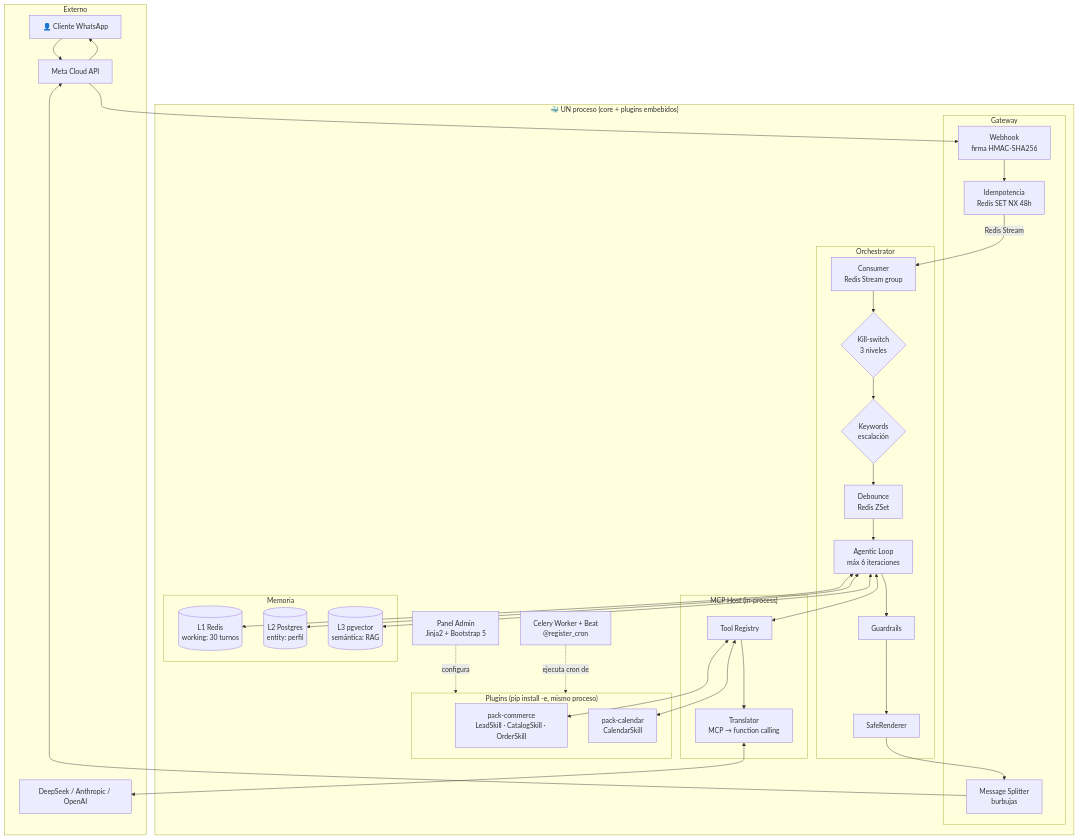
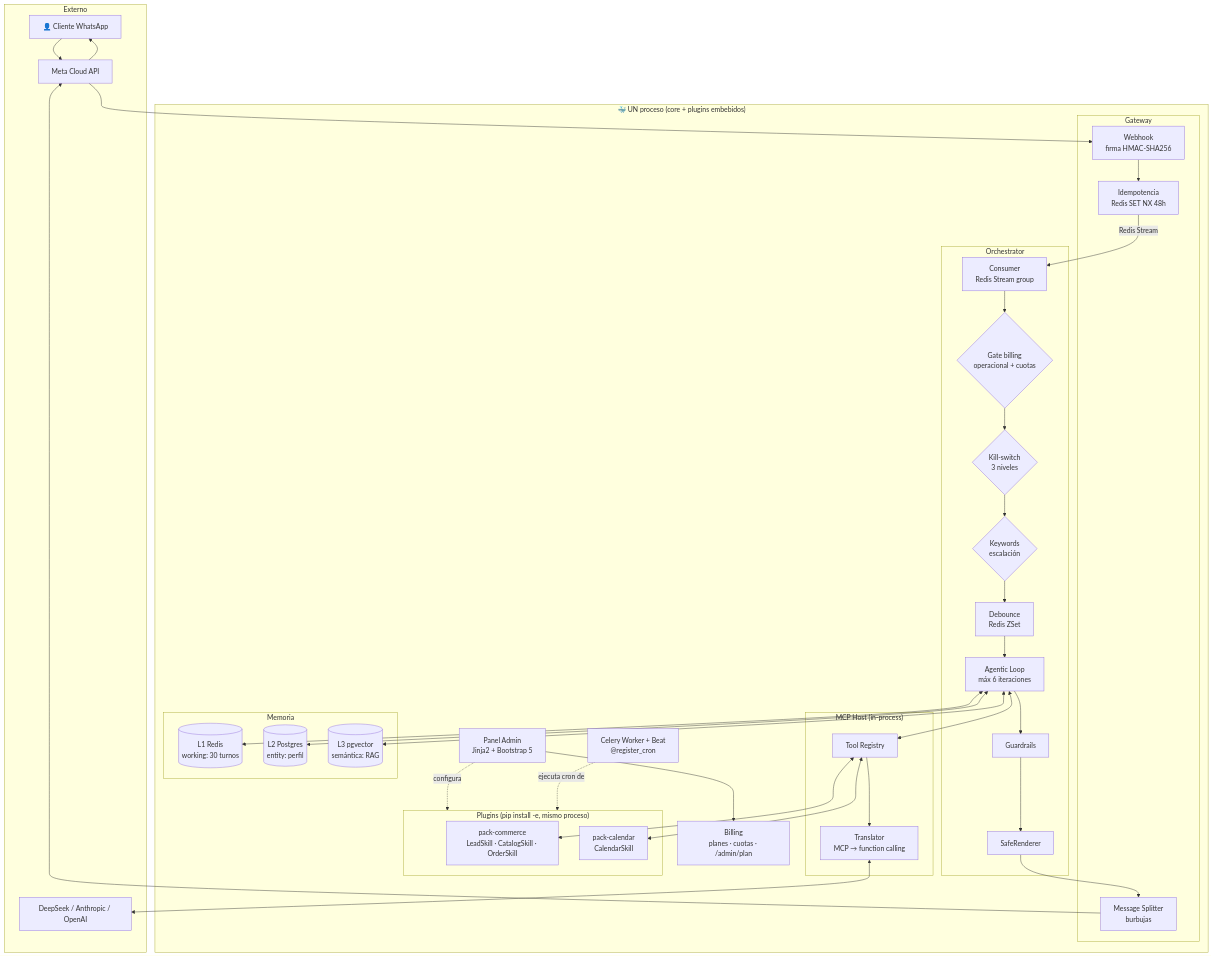
The diagram in docs/ARCHITECTURE.md (devrochy/agent-core), drawn with Mermaid before and after one commit. The commit also changed 51 other files, not shown here.

First line of the commit message:
feat(billing): planes, cuotas, enforcement y cobro Wompi (ADR-0045/0046)

````diff
--- a/docs/ARCHITECTURE.md
+++ b/docs/ARCHITECTURE.md
@@ -27,50 +27,53 @@
 ```mermaid
 flowchart TB
     subgraph Externo
         U[👤 Cliente WhatsApp]
         META[Meta Cloud API]
         LLM[DeepSeek / Anthropic / OpenAI]
     end
 
     subgraph Monolito["🐳 UN proceso (core + plugins embebidos)"]
         subgraph Gateway
             WH[Webhook<br/>firma HMAC-SHA256]
             IDEM[Idempotencia<br/>Redis SET NX 48h]
             SPLIT[Message Splitter<br/>burbujas]
         end
         subgraph Orchestrator
             CONS[Consumer<br/>Redis Stream group]
+            BILL{Gate billing<br/>operacional + cuotas}
             KS{Kill-switch<br/>3 niveles}
             KW{Keywords<br/>escalación}
             DEB[Debounce<br/>Redis ZSet]
             LOOP[Agentic Loop<br/>máx 6 iteraciones]
             GUARD[Guardrails]
             SAFE[SafeRenderer]
         end
         subgraph MCP["MCP Host (in-process)"]
             REG[Tool Registry]
             TRANS[Translator<br/>MCP → function calling]
         end
         subgraph Plugins["Plugins (pip install -e, mismo proceso)"]
             CRM[pack-commerce<br/>LeadSkill · CatalogSkill · OrderSkill]
             CAL[pack-calendar<br/>CalendarSkill]
         end
         subgraph Memoria
             L1[(L1 Redis<br/>working: 30 turnos)]
             L2[(L2 Postgres<br/>entity: perfil)]
             L3[(L3 pgvector<br/>semántica: RAG)]
         end
         ADMIN[Panel Admin<br/>Jinja2 + Bootstrap 5]
+        BILLING[Billing<br/>planes · cuotas · /admin/plan]
         CELERY[Celery Worker + Beat<br/>@register_cron]
     end
 
     U --> META --> WH --> IDEM -->|Redis Stream| CONS
-    CONS --> KS --> KW --> DEB --> LOOP
+    CONS --> BILL --> KS --> KW --> DEB --> LOOP
     LOOP <--> L1 & L2 & L3
     LOOP <--> REG
     REG <--> CRM & CAL
     REG --> TRANS <--> LLM
     LOOP --> GUARD --> SAFE --> SPLIT --> META --> U
     ADMIN -.configura.-> Plugins
+    ADMIN --> BILLING
     CELERY -.ejecuta cron de.-> Plugins
 ```
````
